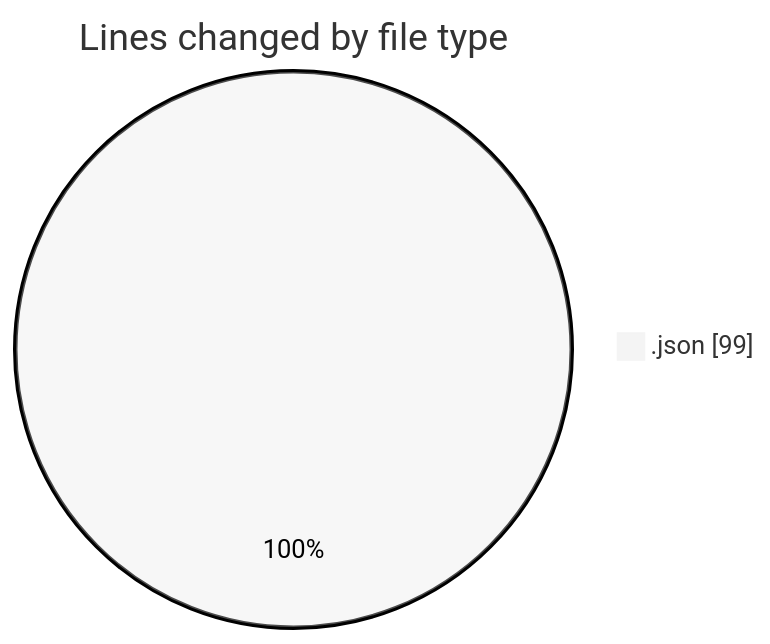
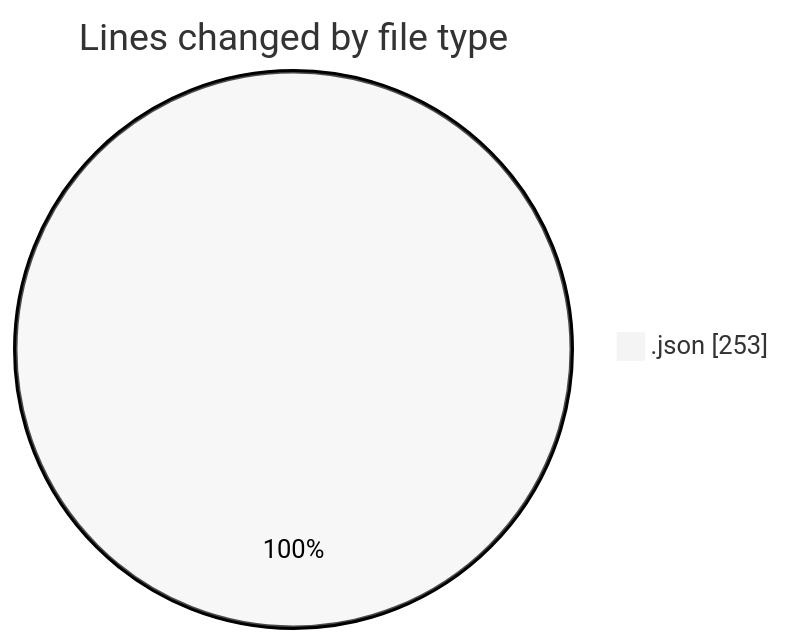
Before and after one commit to yexinjia/code-tracking: the first of 2 diagrams in 2026-09-05/mono-test/README.md, drawn with Mermaid (neutral theme). The commit also changed other lines of this file and 1 other file, not shown here.

````diff
--- a/2026-09-05/mono-test/README.md
+++ b/2026-09-05/mono-test/README.md
@@ -20,5 +20,5 @@
 ```mermaid
 pie showData
 title Lines changed by file type
-".json" : 99
+".json" : 253
 ```
````
